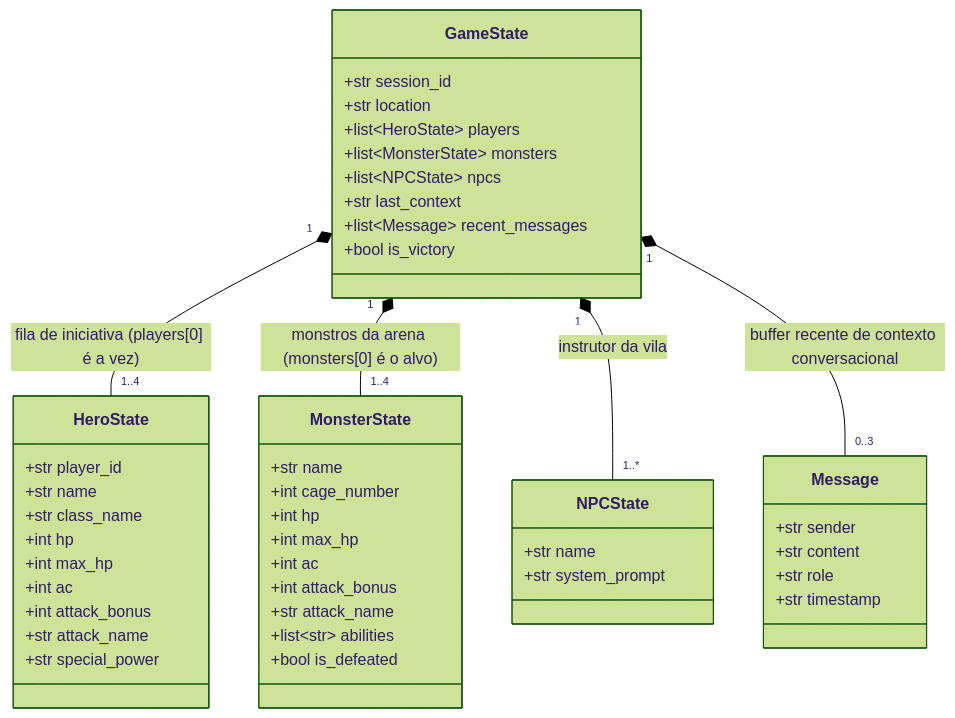
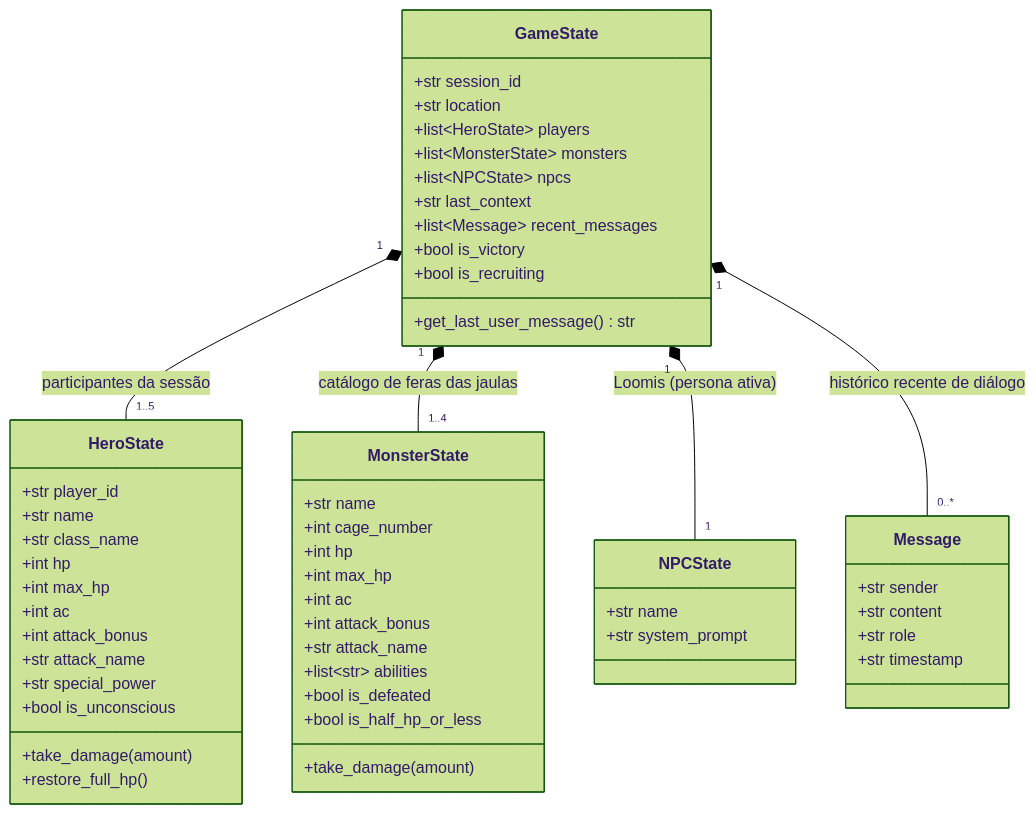
The second of 6 diagrams in docs/architecture.md (gradprojetos/ai-npc), drawn with Mermaid (forest theme) before and after one commit. The commit also changed other lines of this file and 4 other files, not shown here.

````diff
--- a/docs/architecture.md
+++ b/docs/architecture.md
@@ -57,54 +62,61 @@
 ```mermaid
 classDiagram
     class GameState {
         +str session_id
         +str location
         +list~HeroState~ players
         +list~MonsterState~ monsters
         +list~NPCState~ npcs
         +str last_context
         +list~Message~ recent_messages
         +bool is_victory
+        +bool is_recruiting
+        +get_last_user_message() str
     }
 
     class HeroState {
         +str player_id
         +str name
         +str class_name
         +int hp
         +int max_hp
         +int ac
         +int attack_bonus
         +str attack_name
         +str special_power
+        +bool is_unconscious
+        +take_damage(amount)
+        +restore_full_hp()
     }
 
     class MonsterState {
         +str name
         +int cage_number
         +int hp
         +int max_hp
         +int ac
         +int attack_bonus
         +str attack_name
         +list~str~ abilities
         +bool is_defeated
+        +bool is_half_hp_or_less
+        +take_damage(amount)
     }
 
     class NPCState {
         +str name
         +str system_prompt
     }
 
     class Message {
         +str sender
         +str content
         +str role
         +str timestamp
     }
 
-    GameState "1" *-- "1..4" HeroState : fila de iniciativa (players[0] é a vez)
-    GameState "1" *-- "1..4" MonsterState : monstros da arena (monsters[0] é o alvo)
-    GameState "1" *-- "1..*" NPCState : instrutor da vila
-    GameState "1" *-- "0..3" Message : buffer recente de contexto conversacional
+    GameState "1" *-- "1..5" HeroState : participantes da sessão
+    GameState "1" *-- "1..4" MonsterState : catálogo de feras das jaulas
+    GameState "1" *-- "1" NPCState : Loomis (persona ativa)
+    GameState "1" *-- "0..*" Message : histórico recente de diálogo
 ```
````
